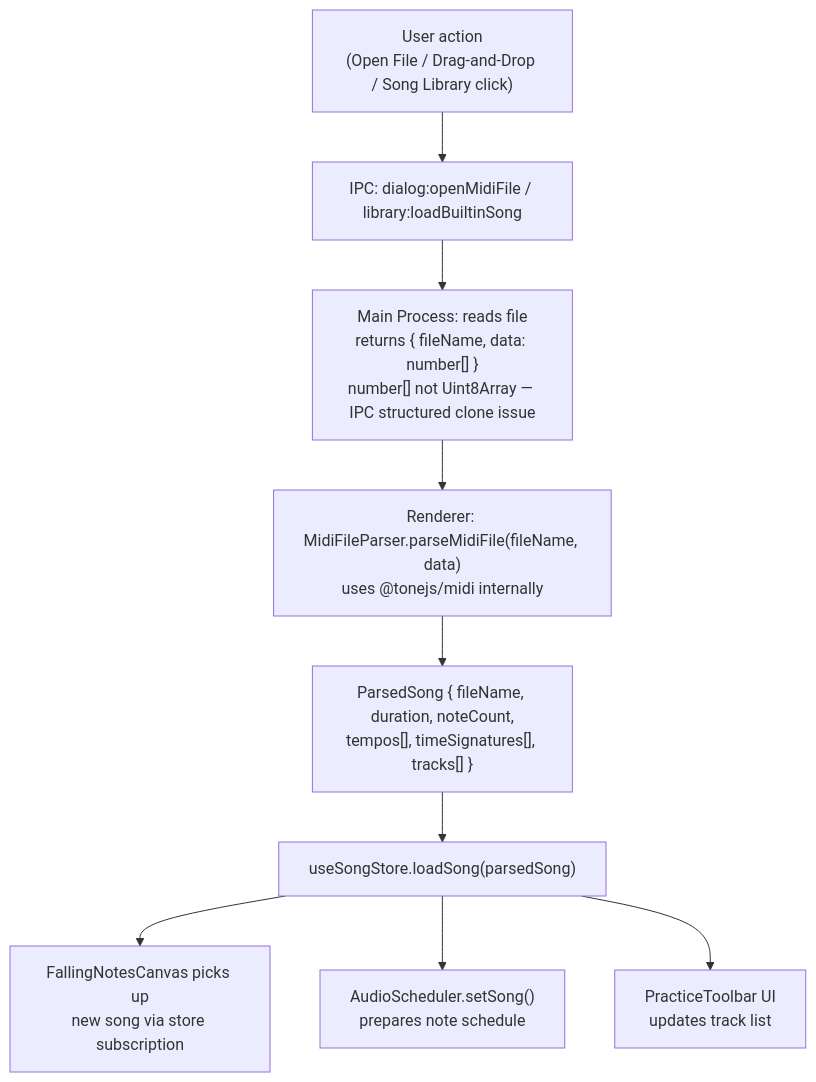
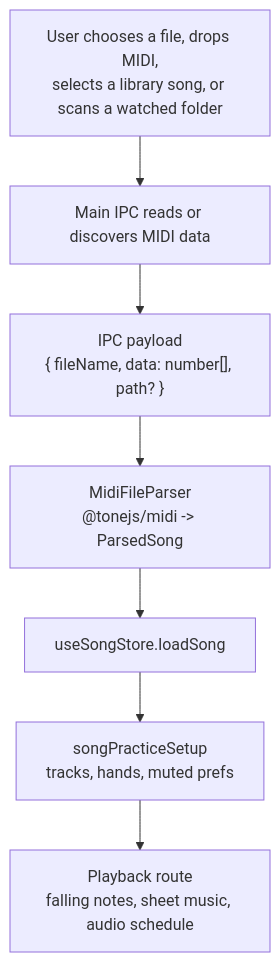
Before and after one commit to EndeavorYen/Rexiano: the third of 6 diagrams in docs/architecture.md, drawn with Mermaid. The commit also changed other lines of this file and 26 other files, not shown here.

````diff
--- a/docs/architecture.md
+++ b/docs/architecture.md
@@ -155,15 +131,13 @@
 ```mermaid
 flowchart TD
-    A["User action\n(Open File / Drag-and-Drop / Song Library click)"]
-    B["IPC: dialog:openMidiFile / library:loadBuiltinSong"]
-    C["Main Process: reads file\nreturns { fileName, data: number[] }\nnumber[] not Uint8Array — IPC structured clone issue"]
-    D["Renderer: MidiFileParser.parseMidiFile(fileName, data)\nuses @tonejs/midi internally"]
-    E["ParsedSong { fileName, duration, noteCount,\ntempos[], timeSignatures[], tracks[] }"]
-    F["useSongStore.loadSong(parsedSong)"]
-    G["FallingNotesCanvas picks up\nnew song via store subscription"]
-    H["AudioScheduler.setSong()\nprepares note schedule"]
-    I["PracticeToolbar UI\nupdates track list"]
+    User["User chooses a file, drops MIDI,\nselects a library song, or scans a watched folder"]
+    Main["Main IPC reads or discovers MIDI data"]
+    Payload["IPC payload\n{ fileName, data: number[], path? }"]
+    Parse["MidiFileParser\n@tonejs/midi -> ParsedSong"]
+    SongStore["useSongStore.loadSong"]
+    PracticeSetup["songPracticeSetup\ntracks, hands, muted prefs"]
+    Playback["Playback route\nfalling notes, sheet music, audio schedule"]
 
-    A --> B --> C --> D --> E --> F
-    F --> G & H & I
+    User --> Main --> Payload --> Parse --> SongStore
+    SongStore --> PracticeSetup --> Playback
 ```
````
